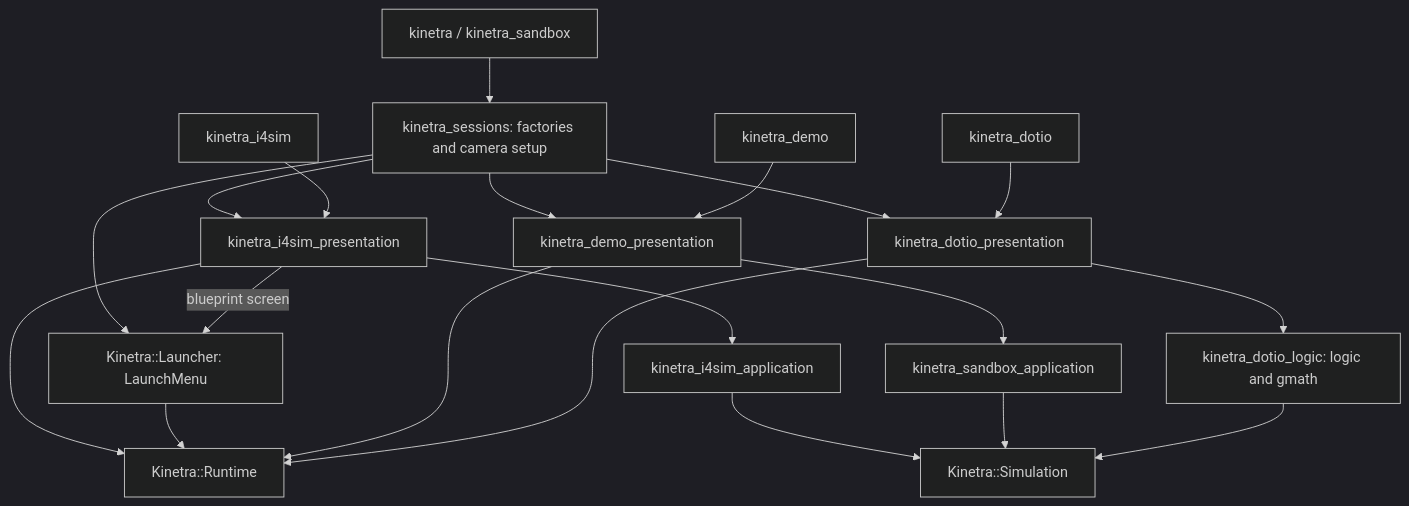
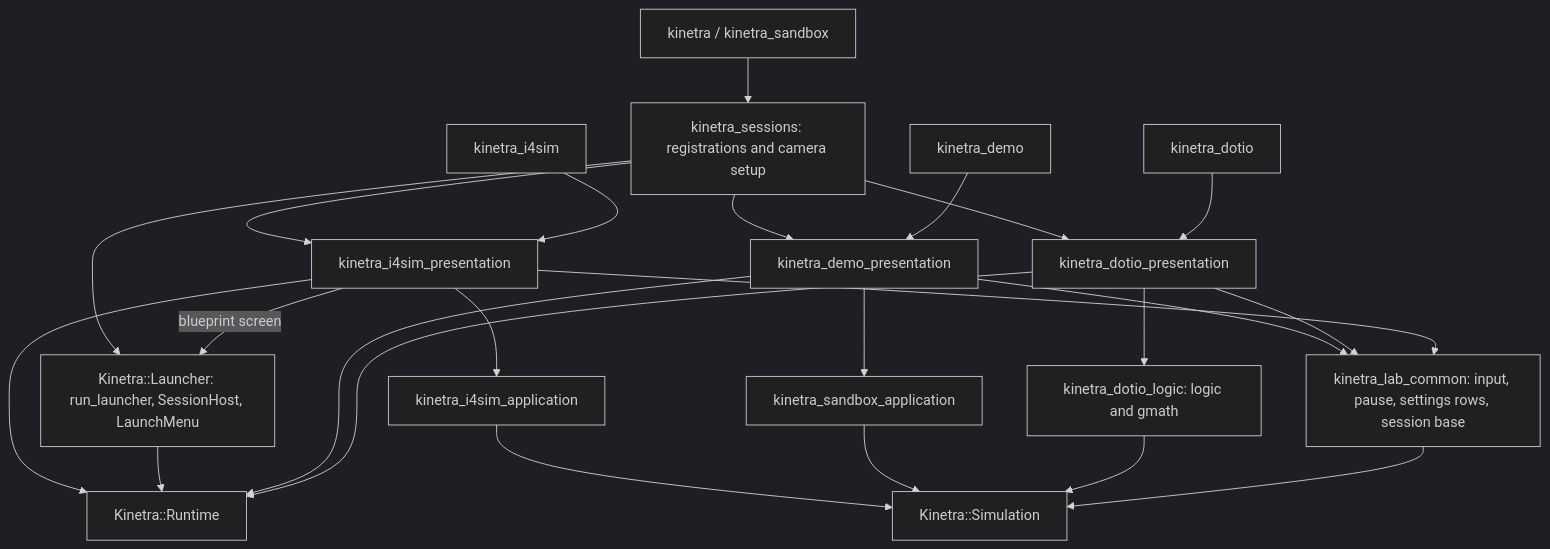
The first of 2 diagrams in docs/architecture.md (SMB-M87/Kinetra-Lab), drawn with Mermaid (dark theme) before and after one commit. The commit also changed other lines of this file and 6 other files, not shown here.

First line of the commit message:
docs(launcher): describe the composition on run_launcher and shared Lab policy

````diff
--- a/docs/architecture.md
+++ b/docs/architecture.md
@@ -15,22 +15,26 @@
 ```mermaid
 flowchart TD
-    Bundled[kinetra / kinetra_sandbox] --> Sessions[kinetra_sessions: factories and camera setup]
-    Sessions --> Launcher[Kinetra::Launcher: LaunchMenu]
+    Bundled[kinetra / kinetra_sandbox] --> Sessions[kinetra_sessions: registrations and camera setup]
+    Sessions --> Launcher[Kinetra::Launcher: run_launcher, SessionHost, LaunchMenu]
     Sessions --> Demo[kinetra_demo_presentation]
     Sessions --> Dotio[kinetra_dotio_presentation]
     Sessions --> Factory[kinetra_i4sim_presentation]
     FactoryExe[kinetra_i4sim] --> Factory
     Factory --> FactoryLogic[kinetra_i4sim_application]
     Factory -->|blueprint screen| Launcher
     FactoryLogic --> Sim
     Factory --> Runtime
     DemoExe[kinetra_demo] --> Demo
     DotioExe[kinetra_dotio] --> Dotio
     Demo --> Sandbox[kinetra_sandbox_application]
     Dotio --> Logic[kinetra_dotio_logic: logic and gmath]
     Sandbox --> Sim[Kinetra::Simulation]
     Logic --> Sim
     Launcher --> Runtime[Kinetra::Runtime]
     Demo --> Runtime
     Dotio --> Runtime
+    Demo --> Common[kinetra_lab_common: input, pause, settings rows, session base]
+    Dotio --> Common
+    Factory --> Common
+    Common --> Sim
 ```
````
